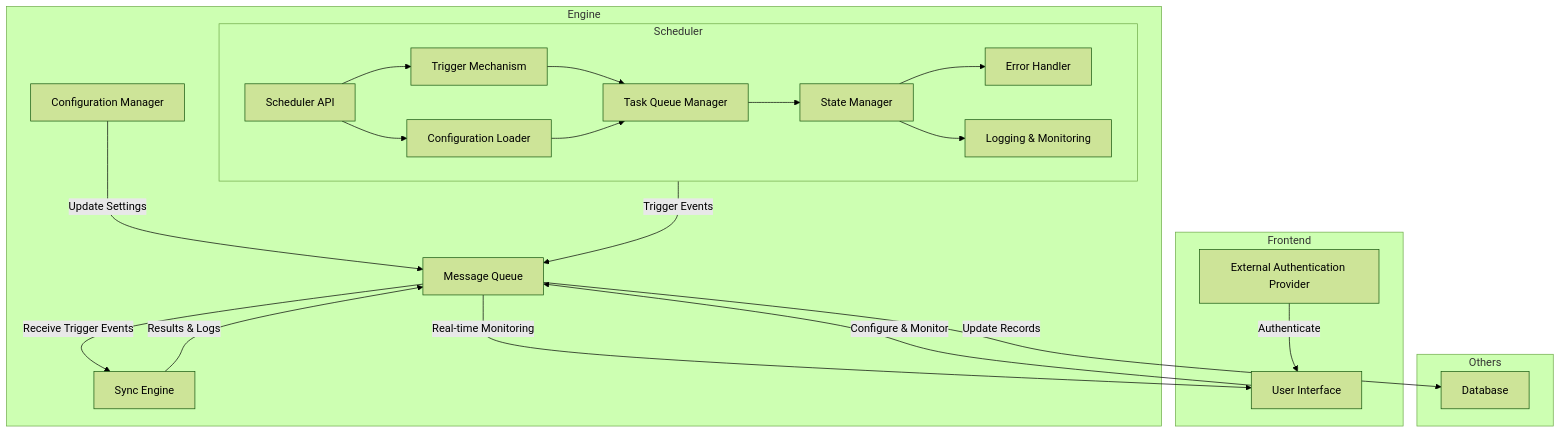
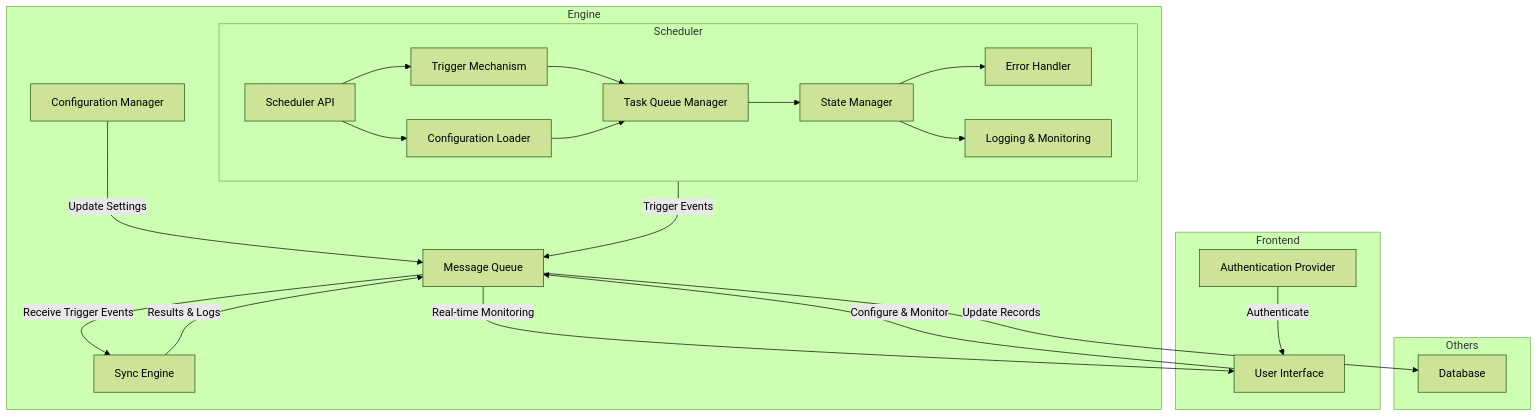
Before and after one commit to olvrvrmr/turbo-giggle: the diagram in architecture.mmd, drawn with Mermaid (forest theme). The commit also changed 1 other file, not shown here.

Commit message:
Updated architecture diagram

```diff
--- a/architecture.mmd
+++ b/architecture.mmd
@@ -1,33 +1,33 @@
 graph TB
     subgraph Engine
         subgraph Scheduler
             TGM[Trigger Mechanism] --> TQM[Task Queue Manager]
             CL[Configuration Loader] --> TQM
             TQM --> SM[State Manager]
             SM --> EH[Error Handler]
             SM --> LM[Logging & Monitoring]
             API[Scheduler API] --> TGM
             API --> CL
         end
 
         CM[Configuration Manager] -->|Update Settings| MQ[Message Queue]
         Scheduler -->|Trigger Events| MQ
         MQ -->|Receive Trigger Events| SE[Sync Engine]
         SE -->|Results & Logs| MQ
     end
 
     subgraph Frontend
         UI[User Interface] -->|Configure & Monitor| MQ
         MQ -->|Real-time Monitoring| UI
-        Auth[External Authentication Provider] -->|Authenticate| UI
+        Auth[Authentication Provider] -->|Authenticate| UI
     end
 
     subgraph Others
         MQ
         DB[Database]
     end
     
     MQ -->|Update Records| DB
     
     
     class UI,CM,Scheduler,SE,DB,MQ,Auth,TGM,CL,TQM,SM,EH,LM,API component;
```
